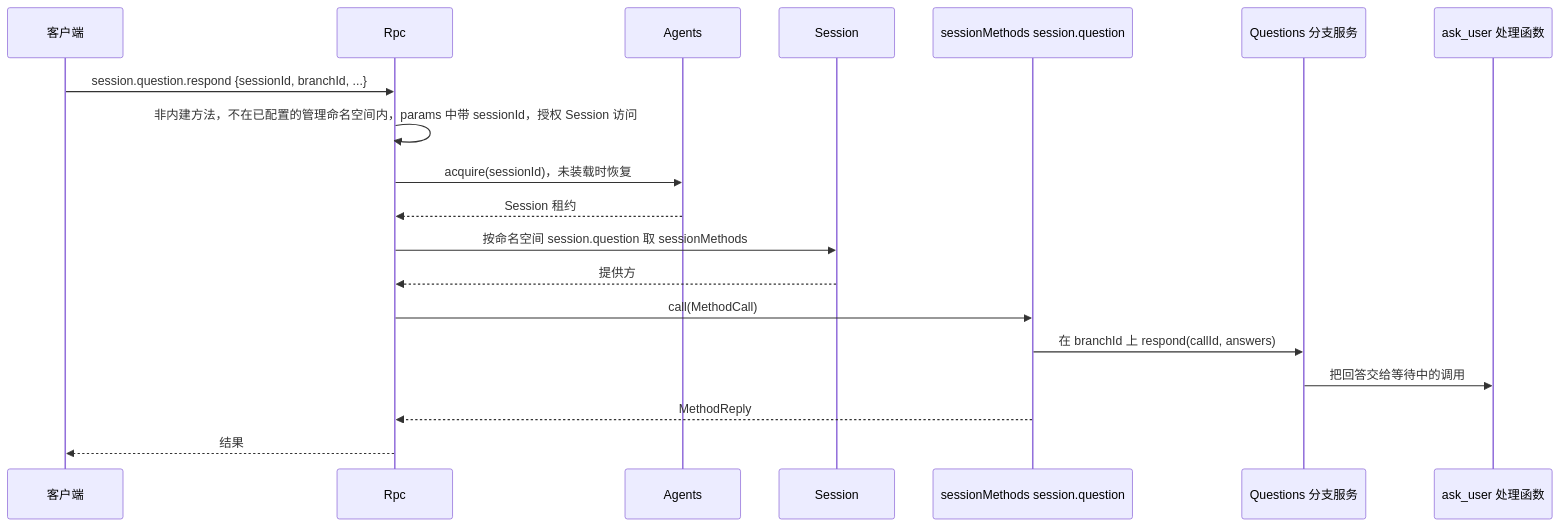
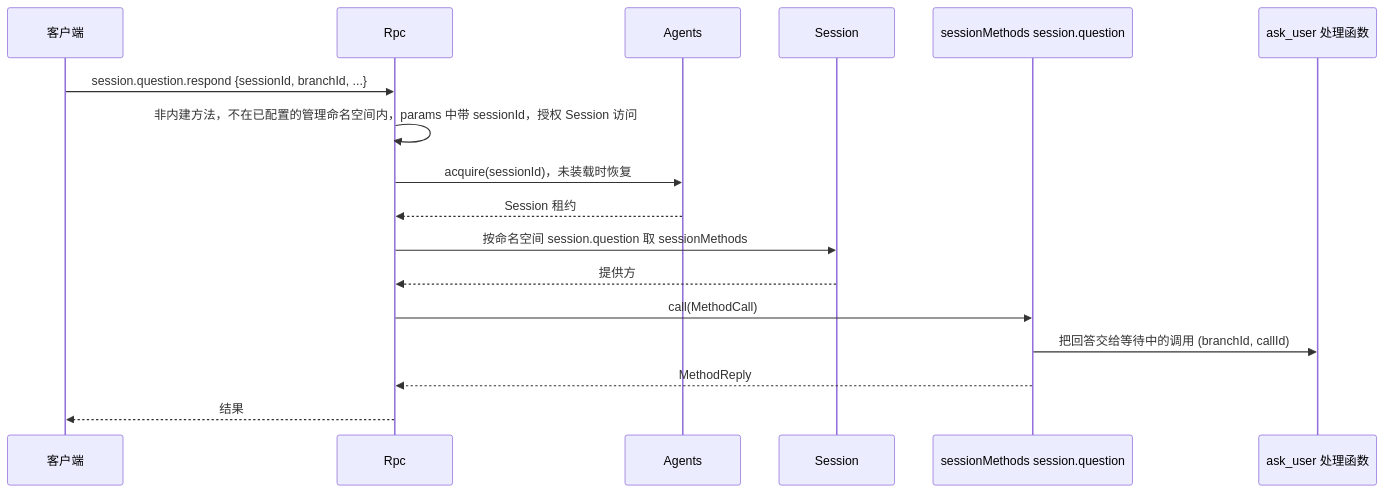
The second of 3 diagrams in docs/zh/design/contracts/session-boundary.md (CoutinhoTTS/dim-agent), drawn with Mermaid before and after one commit. The commit also changed other lines of this file and 11 other files, not shown here.

````diff
--- a/docs/zh/design/contracts/session-boundary.md
+++ b/docs/zh/design/contracts/session-boundary.md
@@ -67,21 +67,19 @@
 ```mermaid
 sequenceDiagram
   participant CL as 客户端
   participant Rpc as Rpc
   participant AI as Agents
   participant S as Session
   participant Q as sessionMethods session.question
-  participant QB as Questions 分支服务
   participant H as ask_user 处理函数
   CL->>Rpc: session.question.respond {sessionId, branchId, ...}
   Rpc->>Rpc: 非内建方法，不在已配置的管理命名空间内，params 中带 sessionId，授权 Session 访问
   Rpc->>AI: acquire(sessionId)，未装载时恢复
   AI-->>Rpc: Session 租约
   Rpc->>S: 按命名空间 session.question 取 sessionMethods
   S-->>Rpc: 提供方
   Rpc->>Q: call(MethodCall)
-  Q->>QB: 在 branchId 上 respond(callId, answers)
-  QB->>H: 把回答交给等待中的调用
+  Q->>H: 把回答交给等待中的调用 (branchId, callId)
   Q-->>Rpc: MethodReply
   Rpc-->>CL: 结果
 ```
````
